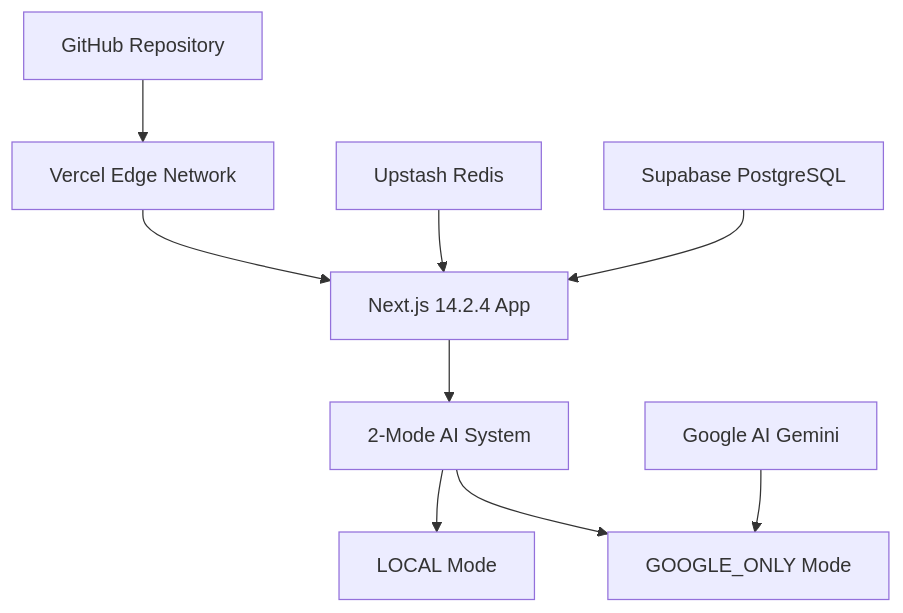
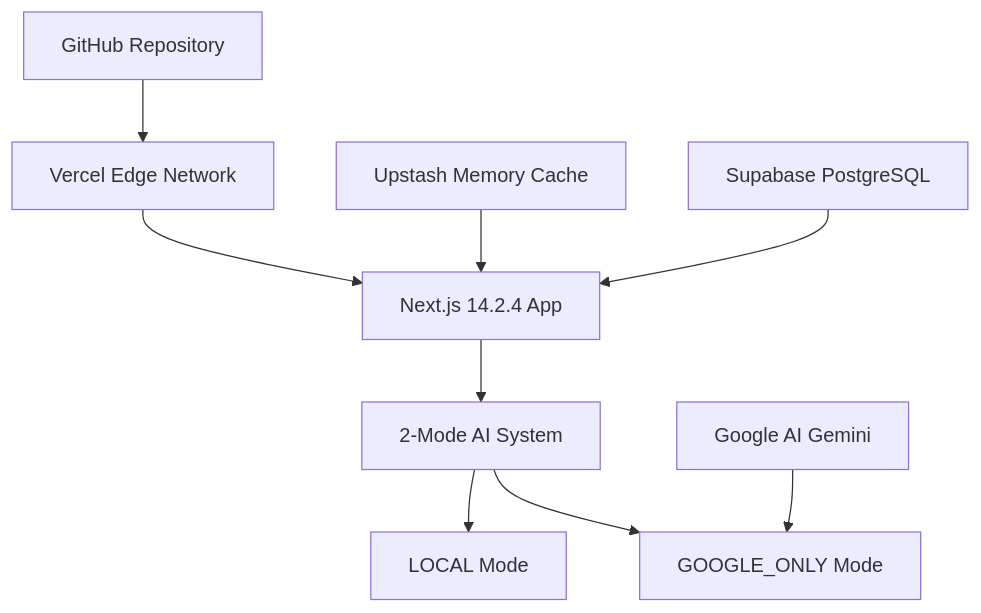
One commit to skyasu2/openmanager-vibe-v5 changed the diagram in docs/quick-start/deployment-guide.md. Above: the diagram before and after it, drawn with Mermaid. The commit also changed other lines of this file and 198 other files, not shown here.

````diff
--- a/docs/quick-start/deployment-guide.md
+++ b/docs/quick-start/deployment-guide.md
@@ -26,12 +26,12 @@
 ```mermaid
 graph TB
     A[GitHub Repository] --> B[Vercel Edge Network]
     B --> C[Next.js 14.2.4 App]
     C --> D[2-Mode AI System]
     D --> E[LOCAL Mode]
     D --> F[GOOGLE_ONLY Mode]
 
-    G[Upstash Redis] --> C
+    G[Upstash Memory Cache] --> C
     H[Supabase PostgreSQL] --> C
     I[Google AI Gemini] --> F
 ```
````
